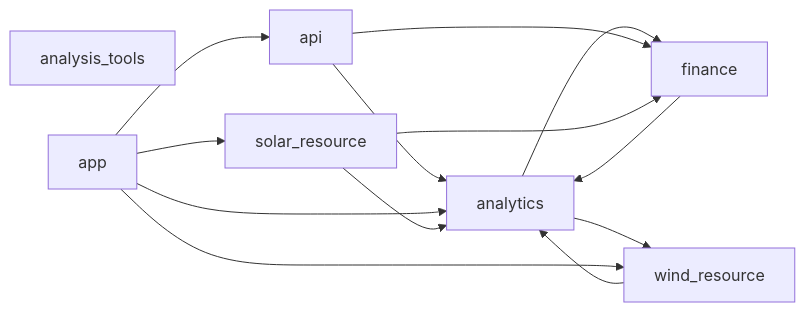
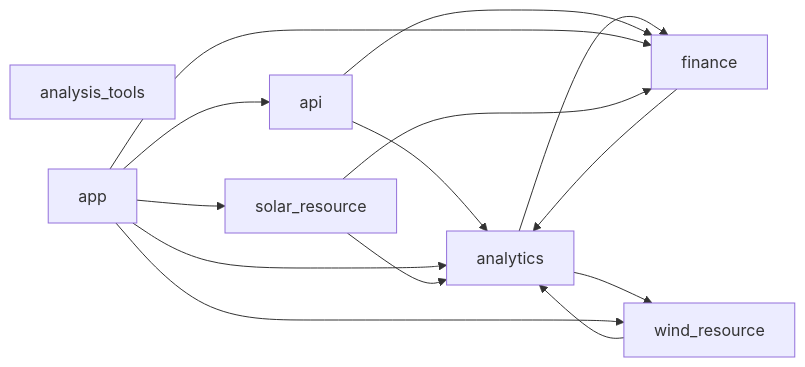
One commit to arunakulat/dutchbay-epc-model changed the diagram in docs/ARCHITECTURE.md. Above: the diagram before and after it, drawn with Mermaid. The commit also changed 16 other files, not shown here.

````diff
--- a/docs/ARCHITECTURE.md
+++ b/docs/ARCHITECTURE.md
@@ -68,25 +68,26 @@
 ```mermaid
 %% AUTO-GENERATED by scripts/gen_architecture_diagram.py — do not edit by hand.
 %% Regenerate with: python scripts/gen_architecture_diagram.py
 %% Each edge A --> B means a module in package A imports package B.
 flowchart LR
     analysis_tools[analysis_tools]
     analytics[analytics]
     api[api]
     app[app]
     finance[finance]
     solar_resource[solar_resource]
     wind_resource[wind_resource]
     analytics --> finance
     analytics --> wind_resource
     api --> analytics
     api --> finance
     app --> analytics
     app --> api
+    app --> finance
     app --> solar_resource
     app --> wind_resource
     finance --> analytics
     solar_resource --> analytics
     solar_resource --> finance
     wind_resource --> analytics
 ```
````
